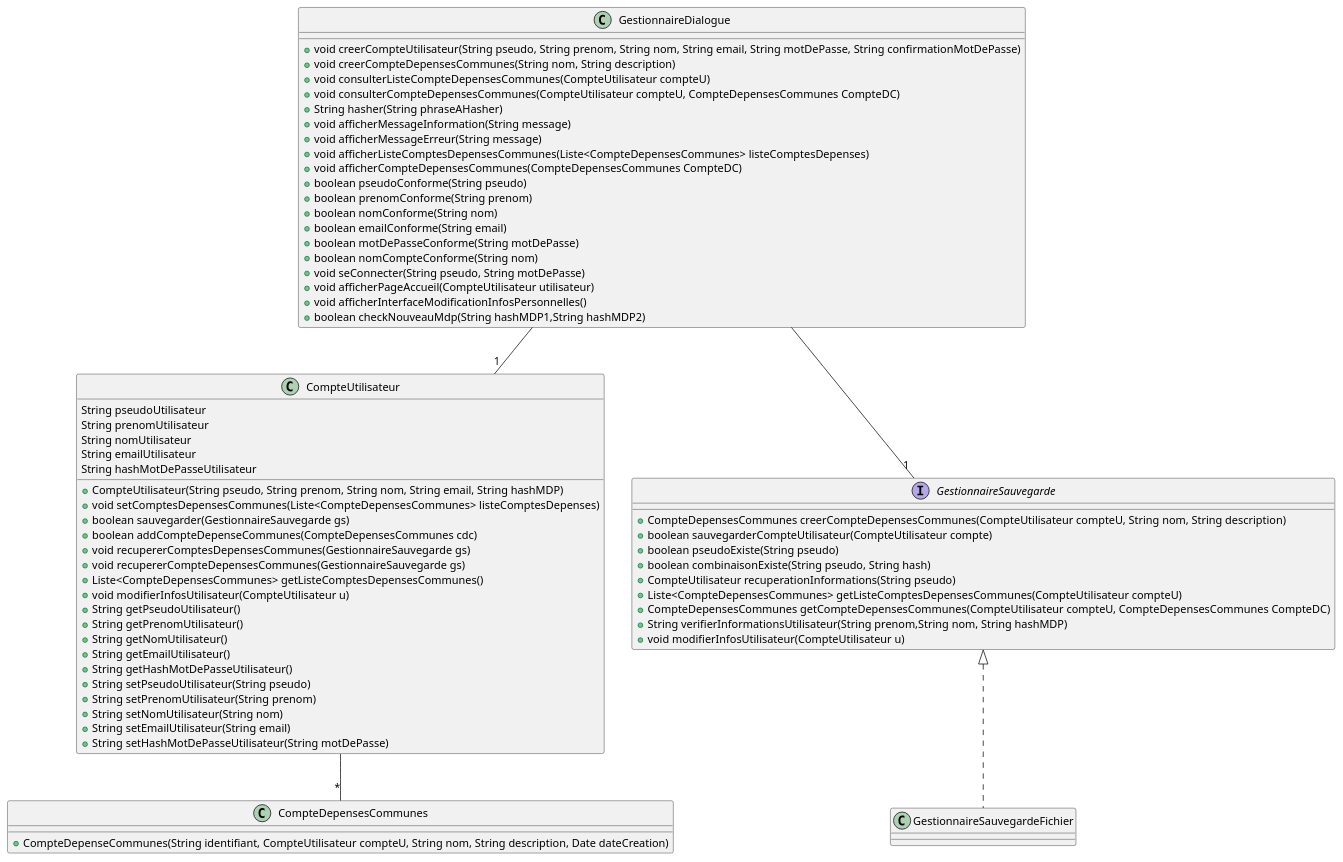
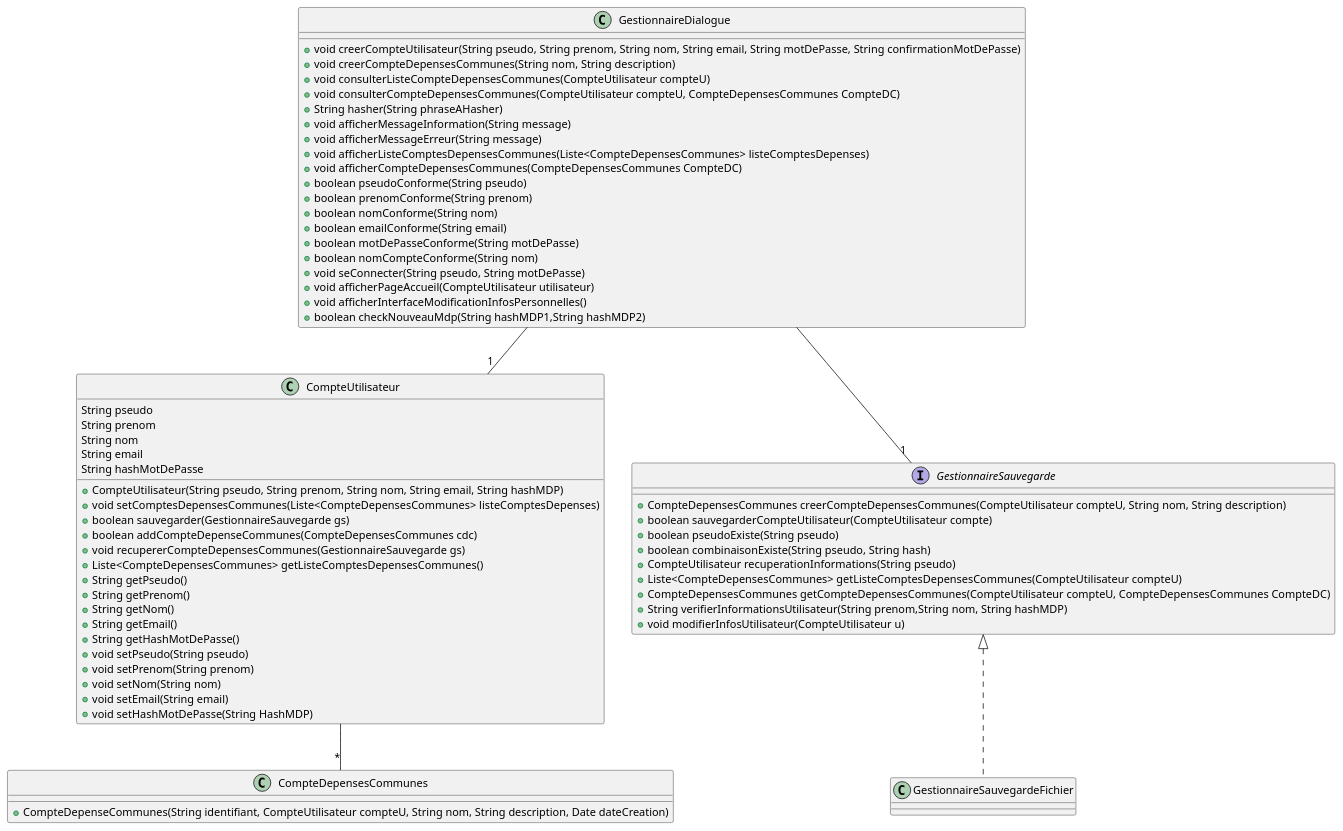
The diagram in diagrammes/conception/classes.puml (lmtb06/sharecount), drawn with PlantUML before and after one commit. The commit also changed 3 other files, not shown here.

Commit message:
-Modification diagramme de classe -Ajout de fonctions et test de la classe CompteUtilisateur

```diff
--- a/diagrammes/conception/classes.puml
+++ b/diagrammes/conception/classes.puml
@@ -1,72 +1,70 @@
 @startuml Classes
 
 	class GestionnaireDialogue {
 		+void creerCompteUtilisateur(String pseudo, String prenom, String nom, String email, String motDePasse, String confirmationMotDePasse)
 		+void creerCompteDepensesCommunes(String nom, String description)
 		+void consulterListeCompteDepensesCommunes(CompteUtilisateur compteU)
 		+void consulterCompteDepensesCommunes(CompteUtilisateur compteU, CompteDepensesCommunes CompteDC)
 		+String hasher(String phraseAHasher)
 		+void afficherMessageInformation(String message)
 		+void afficherMessageErreur(String message)
 		+void afficherListeComptesDepensesCommunes(Liste<CompteDepensesCommunes> listeComptesDepenses)
 		+void afficherCompteDepensesCommunes(CompteDepensesCommunes CompteDC)
 		+boolean pseudoConforme(String pseudo)
 		+boolean prenomConforme(String prenom)
 		+boolean nomConforme(String nom)
 		+boolean emailConforme(String email)
 		+boolean motDePasseConforme(String motDePasse)
 		+boolean nomCompteConforme(String nom)
 		+void seConnecter(String pseudo, String motDePasse)
 		+void afficherPageAccueil(CompteUtilisateur utilisateur)
 		+void afficherInterfaceModificationInfosPersonnelles()
 		+boolean checkNouveauMdp(String hashMDP1,String hashMDP2)
 	}
 	GestionnaireDialogue --"1" CompteUtilisateur
 	GestionnaireDialogue --"1" GestionnaireSauvegarde
 
 	interface GestionnaireSauvegarde {
 		+CompteDepensesCommunes creerCompteDepensesCommunes(CompteUtilisateur compteU, String nom, String description)
 		+boolean sauvegarderCompteUtilisateur(CompteUtilisateur compte)
 		+boolean pseudoExiste(String pseudo)
 		+boolean combinaisonExiste(String pseudo, String hash)
 		+CompteUtilisateur recuperationInformations(String pseudo)
 		+Liste<CompteDepensesCommunes> getListeComptesDepensesCommunes(CompteUtilisateur compteU)
 		+CompteDepensesCommunes getCompteDepensesCommunes(CompteUtilisateur compteU, CompteDepensesCommunes CompteDC)
 		+String verifierInformationsUtilisateur(String prenom,String nom, String hashMDP)
 		+void modifierInfosUtilisateur(CompteUtilisateur u)
 	}
 
 	class GestionnaireSauvegardeFichier implements GestionnaireSauvegarde {
 
 	}
 	class CompteUtilisateur {
-		String pseudoUtilisateur
-		String prenomUtilisateur
-		String nomUtilisateur
-		String emailUtilisateur
-		String hashMotDePasseUtilisateur
+		String pseudo
+		String prenom
+		String nom
+		String email
+		String hashMotDePasse
 		+CompteUtilisateur(String pseudo, String prenom, String nom, String email, String hashMDP)
 		+void setComptesDepensesCommunes(Liste<CompteDepensesCommunes> listeComptesDepenses)
 		+boolean sauvegarder(GestionnaireSauvegarde gs)
 		+boolean addCompteDepenseCommunes(CompteDepensesCommunes cdc)
-		+void recupererComptesDepensesCommunes(GestionnaireSauvegarde gs)
 		+void recupererCompteDepensesCommunes(GestionnaireSauvegarde gs)
 		+Liste<CompteDepensesCommunes> getListeComptesDepensesCommunes()
-		+void modifierInfosUtilisateur(CompteUtilisateur u)
-		+String getPseudoUtilisateur()
-		+String getPrenomUtilisateur()
-		+String getNomUtilisateur()
-		+String getEmailUtilisateur()
-		+String getHashMotDePasseUtilisateur()
-		+String setPseudoUtilisateur(String pseudo)
-		+String setPrenomUtilisateur(String prenom)
-		+String setNomUtilisateur(String nom)
-		+String setEmailUtilisateur(String email)
-		+String setHashMotDePasseUtilisateur(String motDePasse)
+		+String getPseudo()
+		+String getPrenom()
+		+String getNom()
+		+String getEmail()
+		+String getHashMotDePasse()
+		+void setPseudo(String pseudo)
+		+void setPrenom(String prenom)
+		+void setNom(String nom)
+		+void setEmail(String email)
+		+void setHashMotDePasse(String HashMDP)
 	}
 	CompteUtilisateur --"*" CompteDepensesCommunes
 	class CompteDepensesCommunes {
 		+CompteDepenseCommunes(String identifiant, CompteUtilisateur compteU, String nom, String description, Date dateCreation)
 	}
 
 @enduml
```
